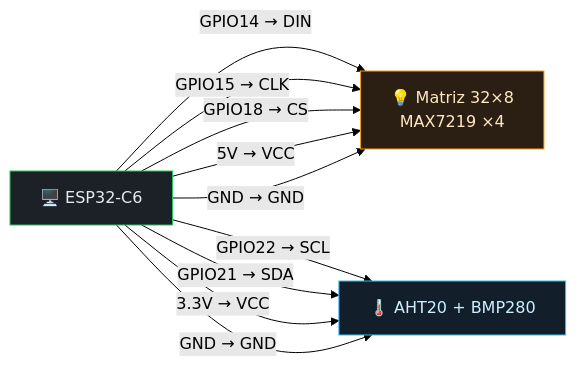
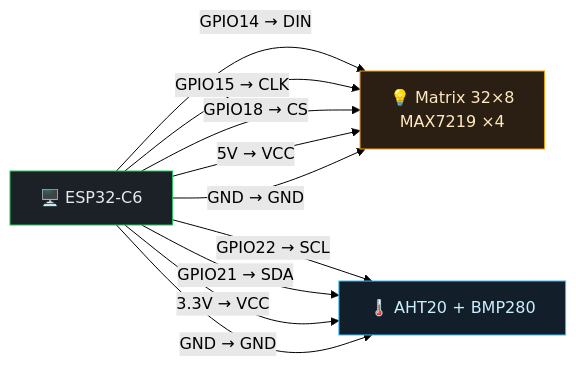
One commit to 0day1day/esp32-c6-mini-MatrixLED changed the diagram in README.md. Above: the diagram before and after it, drawn with Mermaid (forest theme). The commit also changed other lines of this file and 11 other files, not shown here.

````diff
--- a/README.md
+++ b/README.md
@@ -63,22 +86,21 @@
 ```mermaid
 flowchart LR
     classDef esp fill:#1c2128,stroke:#22c55e,color:#e6e8ec
     classDef mx fill:#2a1f12,stroke:#f59e0b,color:#ffe7c2
     classDef sens fill:#121f2a,stroke:#38bdf8,color:#cdeeff
-    classDef pwr fill:#0f1419,stroke:#5b636f,color:#9098a4
 
     ESP["🖥️ ESP32-C6"]:::esp
-    MX["💡 Matriz 32×8<br/>MAX7219 ×4"]:::mx
+    MX["💡 Matrix 32×8<br/>MAX7219 ×4"]:::mx
     SEN["🌡️ AHT20 + BMP280"]:::sens
 
     ESP -- "GPIO14 → DIN" --> MX
     ESP -- "GPIO15 → CLK" --> MX
     ESP -- "GPIO18 → CS" --> MX
     ESP -- "5V → VCC" --> MX
     ESP -- "GND → GND" --> MX
 
     ESP -- "GPIO22 → SCL" --> SEN
     ESP -- "GPIO21 → SDA" --> SEN
     ESP -- "3.3V → VCC" --> SEN
     ESP -- "GND → GND" --> SEN
 ```
````
